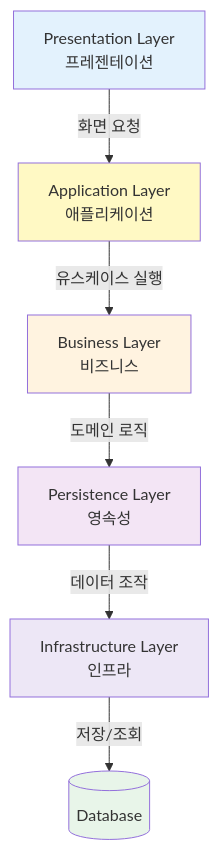
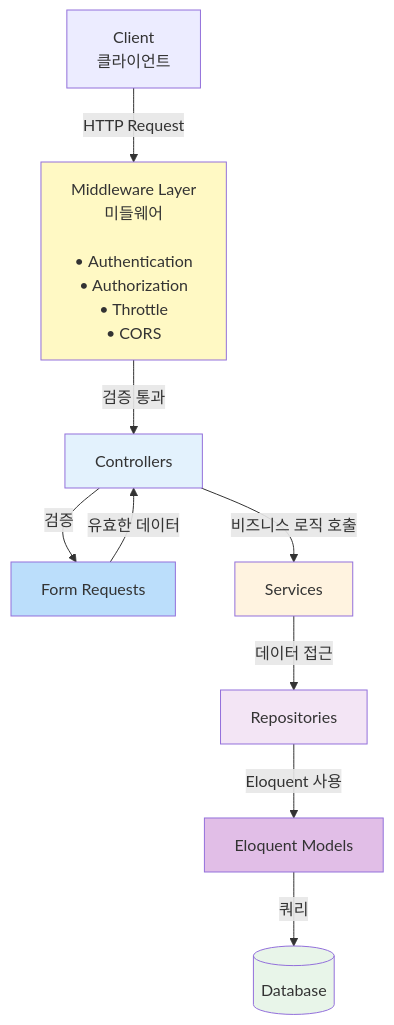
The sixth of 22 diagrams in architecture/layered/README.md (shaul1991/study-architecture), drawn with Mermaid before and after one commit. The commit also changed other lines of this file and 1 other file, not shown here.

````diff
--- a/architecture/layered/README.md
+++ b/architecture/layered/README.md
@@ -203,22 +186,30 @@
 ```mermaid
 graph TD
-    UI[Presentation Layer<br/>프레젠테이션]
-    APP[Application Layer<br/>애플리케이션]
-    BIZ[Business Layer<br/>비즈니스]
-    PERS[Persistence Layer<br/>영속성]
-    INFRA[Infrastructure Layer<br/>인프라]
+    CLIENT[Client<br/>클라이언트]
+
+    MW[Middleware Layer<br/>미들웨어<br/><br/>• Authentication<br/>• Authorization<br/>• Throttle<br/>• CORS]
+
+    CTRL[Controllers]
+    REQ[Form Requests]
+    SVC[Services]
+    REPO[Repositories]
+    MODEL[Eloquent Models]
     DB[(Database)]
 
-    UI -->|화면 요청| APP
-    APP -->|유스케이스 실행| BIZ
-    BIZ -->|도메인 로직| PERS
-    PERS -->|데이터 조작| INFRA
-    INFRA -->|저장/조회| DB
+    CLIENT -->|HTTP Request| MW
+    MW -->|검증 통과| CTRL
+    CTRL -->|검증| REQ
+    REQ -->|유효한 데이터| CTRL
+    CTRL -->|비즈니스 로직 호출| SVC
+    SVC -->|데이터 접근| REPO
+    REPO -->|Eloquent 사용| MODEL
+    MODEL -->|쿼리| DB
 
-    style UI fill:#e3f2fd
-    style APP fill:#fff9c4
-    style BIZ fill:#fff3e0
-    style PERS fill:#f3e5f5
-    style INFRA fill:#ede7f6
+    style MW fill:#fff9c4
+    style CTRL fill:#e3f2fd
+    style REQ fill:#bbdefb
+    style SVC fill:#fff3e0
+    style REPO fill:#f3e5f5
+    style MODEL fill:#e1bee7
     style DB fill:#e8f5e9
 ```
````
